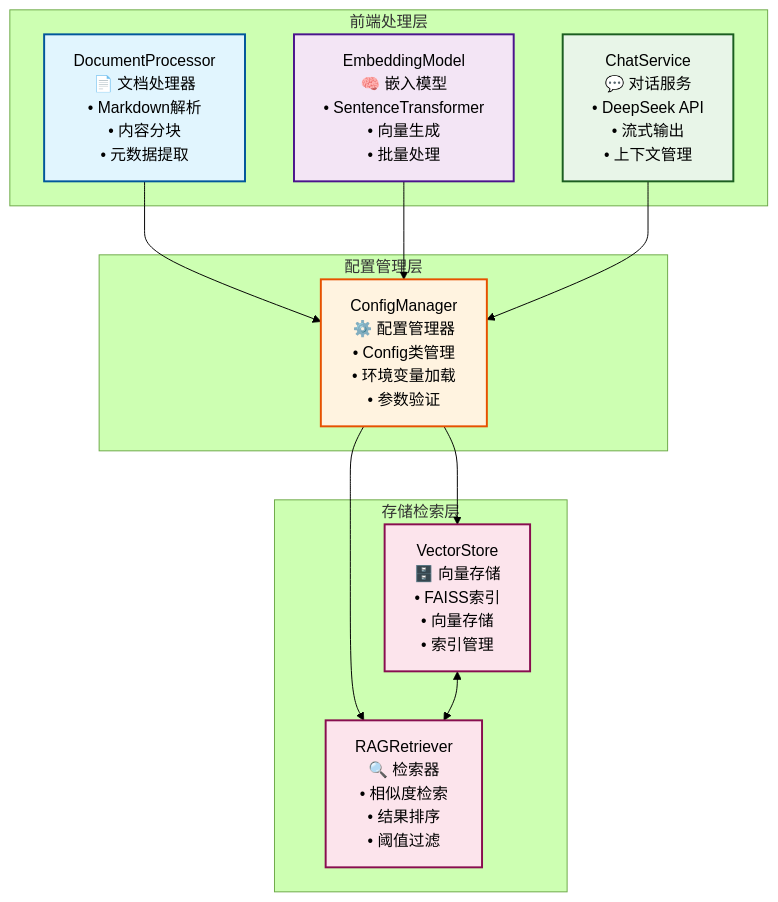
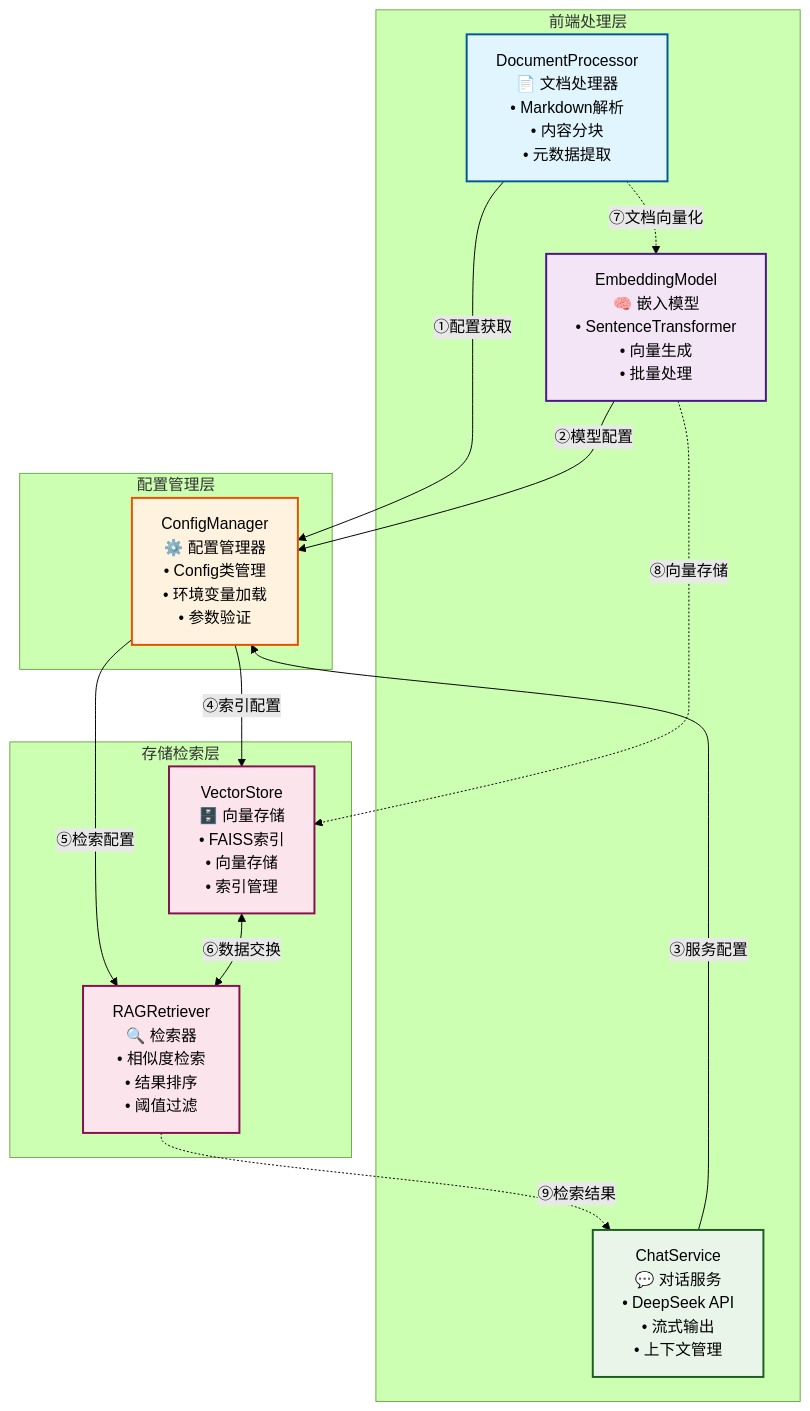
One commit to Coldplay-now/SDD-Study-Case1-RAG changed the second of 3 diagrams in README.md. Above: the diagram before and after it, drawn with Mermaid (forest theme). The commit also changed other lines of this file, not shown here.

Commit message:
🔄 增强架构图：添加关系序号和详细描述
📊 主要改进：
- 为所有连接线添加①-⑨序号标识
- 每条连接线都有具体功能描述
- 区分配置流向（实线）和数据流向（虚线）
- 新增完整的数据流向说明文档

🎯 架构清晰度提升：
- 配置流向：展示 ConfigManager 中心化配置分发
- 数据流向：展示实际数据处理和传递路径
- 双向交换：VectorStore 与 RAGRetriever 协作关系
- 流程说明：详细解释每个连接的作用和顺序

✨ 开发者体验优化：
- 更好理解系统工作原理
- 清晰的数据流转过程
- 便于系统维护和扩展

````diff
--- a/README.md
+++ b/README.md
@@ -125,38 +125,43 @@
 ```mermaid
-graph TB
+graph TD
     subgraph "前端处理层"
         DP[DocumentProcessor<br/>📄 文档处理器<br/>• Markdown解析<br/>• 内容分块<br/>• 元数据提取]
         EM[EmbeddingModel<br/>🧠 嵌入模型<br/>• SentenceTransformer<br/>• 向量生成<br/>• 批量处理]
         CS[ChatService<br/>💬 对话服务<br/>• DeepSeek API<br/>• 流式输出<br/>• 上下文管理]
     end
     
     subgraph "配置管理层"
         CM[ConfigManager<br/>⚙️ 配置管理器<br/>• Config类管理<br/>• 环境变量加载<br/>• 参数验证]
     end
     
     subgraph "存储检索层"
         VS[VectorStore<br/>🗄️ 向量存储<br/>• FAISS索引<br/>• 向量存储<br/>• 索引管理]
         RR[RAGRetriever<br/>🔍 检索器<br/>• 相似度检索<br/>• 结果排序<br/>• 阈值过滤]
     end
     
-    %% 连接关系
-    DP --> CM
-    EM --> CM
-    CS --> CM
-    CM --> VS
-    CM --> RR
-    VS <--> RR
+    %% 连接关系与序号描述
+    DP -->|①配置获取| CM
+    EM -->|②模型配置| CM
+    CS -->|③服务配置| CM
+    CM -->|④索引配置| VS
+    CM -->|⑤检索配置| RR
+    VS <-->|⑥数据交换| RR
+    
+    %% 数据流向补充
+    DP -.->|⑦文档向量化| EM
+    EM -.->|⑧向量存储| VS
+    RR -.->|⑨检索结果| CS
     
     %% 样式定义
     classDef processor fill:#e1f5fe,stroke:#01579b,stroke-width:2px
     classDef model fill:#f3e5f5,stroke:#4a148c,stroke-width:2px
     classDef service fill:#e8f5e8,stroke:#1b5e20,stroke-width:2px
     classDef config fill:#fff3e0,stroke:#e65100,stroke-width:2px
     classDef storage fill:#fce4ec,stroke:#880e4f,stroke-width:2px
     
     class DP processor
     class EM model
     class CS service
     class CM config
     class VS,RR storage
 ```
````
